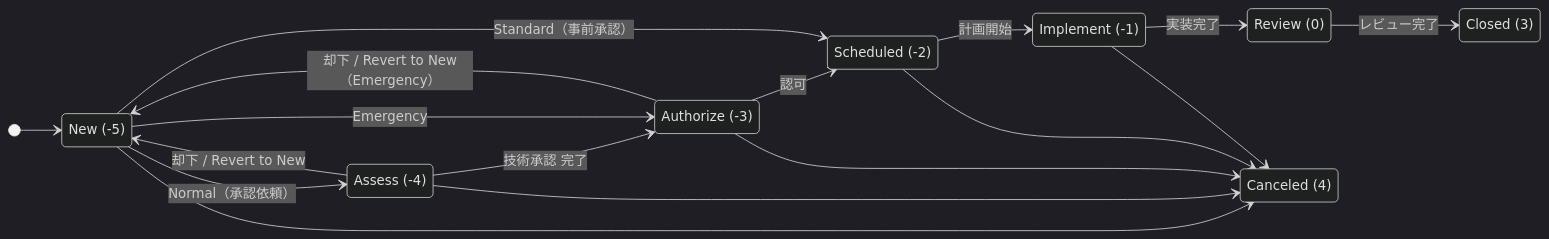
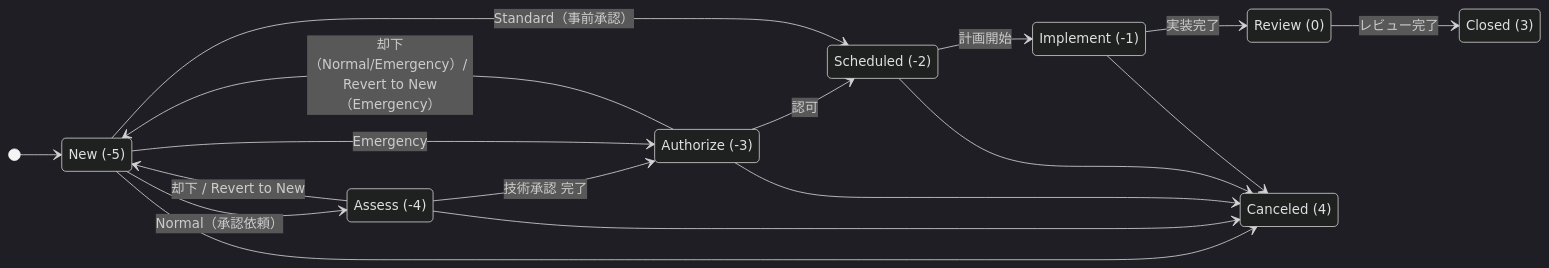
Before and after one commit to hidefumiagata/platform-doc: the diagram in ServiceNow/02_リファレンス/itsm/change-management.md, drawn with Mermaid (dark theme). The commit also changed other lines of this file and 346 other files, not shown here.

````diff
--- a/ServiceNow/02_リファレンス/itsm/change-management.md
+++ b/ServiceNow/02_リファレンス/itsm/change-management.md
@@ -266,28 +283,28 @@
 ```mermaid
 stateDiagram-v2
     direction LR
     state "New (-5)" as N
     state "Assess (-4)" as A
     state "Authorize (-3)" as Au
     state "Scheduled (-2)" as S
     state "Implement (-1)" as I
     state "Review (0)" as R
     state "Closed (3)" as C
     state "Canceled (4)" as X
     [*] --> N
     N --> A: Normal（承認依頼）
     A --> Au: 技術承認 完了
     A --> N: 却下 / Revert to New
     N --> Au: Emergency
     Au --> S: 認可
-    Au --> N: 却下 / Revert to New（Emergency）
+    Au --> N: 却下（Normal/Emergency）/ Revert to New（Emergency）
     N --> S: Standard（事前承認）
     S --> I: 計画開始
     I --> R: 実装完了
     R --> C: レビュー完了
     N --> X
     A --> X
     Au --> X
     S --> X
     I --> X
 ```
````
